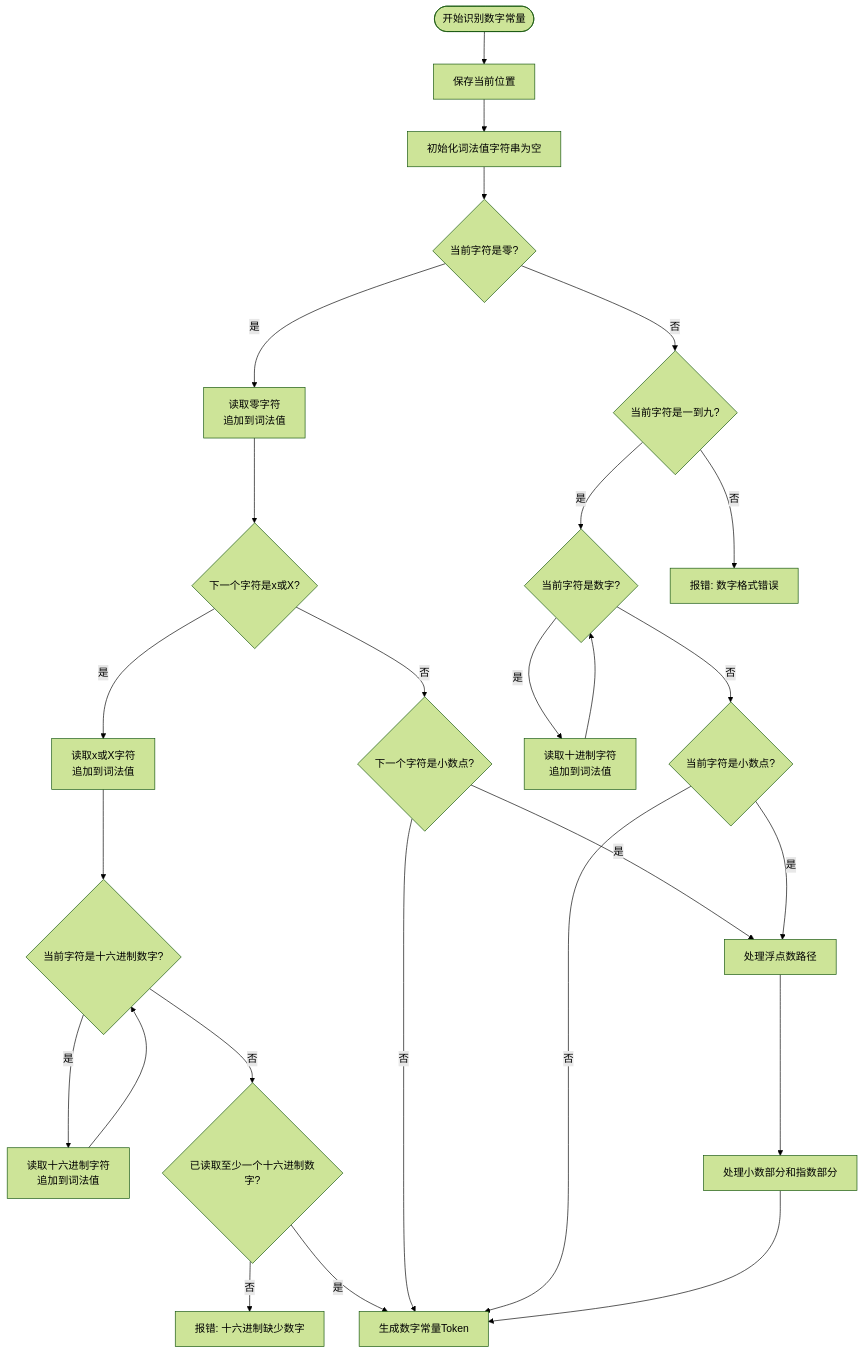
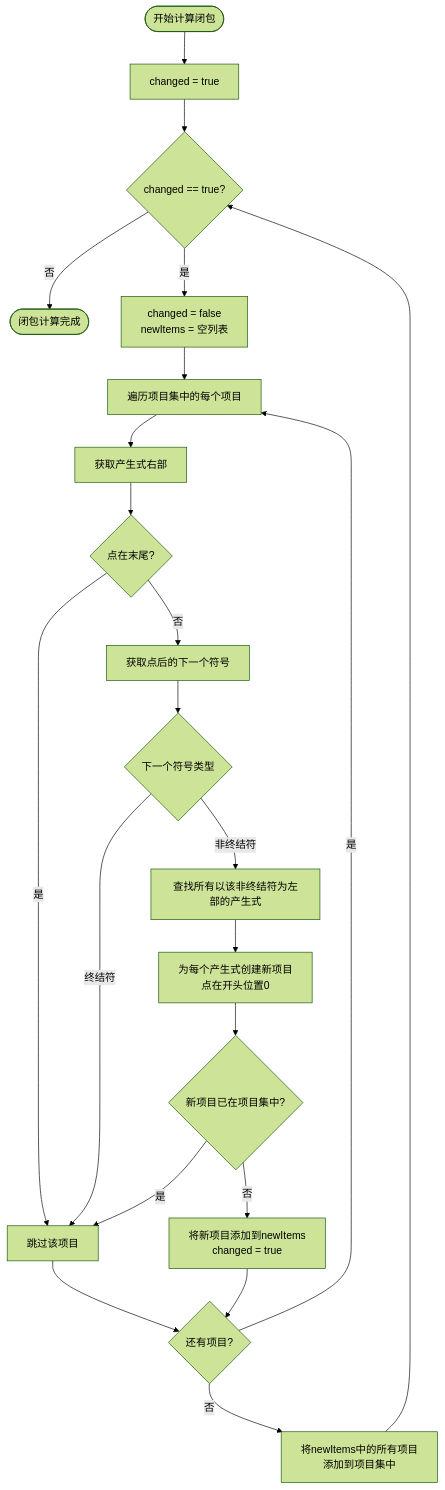
Before and after one commit to zhengky-paper-account/-CF-OF-: the fourth of 7 diagrams in README.md, drawn with Mermaid (forest theme). The commit also changed other lines of this file, not shown here.

````diff
--- a/README.md
+++ b/README.md
@@ -85,28 +106,24 @@
 ```mermaid
 flowchart TD
-    开始([开始识别数字常量]) --> 保存位置[保存当前位置]
-    保存位置 --> 初始化词法值[初始化词法值字符串为空]
-    初始化词法值 --> 检查零{当前字符是零?}
-    检查零 -->|是| 读取零[读取零字符<br/>追加到词法值]
-    读取零 --> 检查十六进制{下一个字符是x或X?}
-    检查十六进制 -->|是| 读取x[读取x或X字符<br/>追加到词法值]
-    读取x --> 十六进制循环{当前字符是十六进制数字?}
-    十六进制循环 -->|是| 读取十六进制[读取十六进制字符<br/>追加到词法值]
-    读取十六进制 --> 十六进制循环
-    十六进制循环 -->|否| 检查十六进制数量{已读取至少一个十六进制数字?}
-    检查十六进制数量 -->|否| 报错十六进制[报错: 十六进制缺少数字]
-    检查十六进制数量 -->|是| 生成Token[生成数字常量Token]
-    检查十六进制 -->|否| 检查小数点{下一个字符是小数点?}
-    检查小数点 -->|是| 浮点数路径[处理浮点数路径]
-    检查小数点 -->|否| 生成Token
-    检查零 -->|否| 检查一到九{当前字符是一到九?}
-    检查一到九 -->|是| 十进制循环{当前字符是数字?}
-    十进制循环 -->|是| 读取十进制[读取十进制字符<br/>追加到词法值]
-    读取十进制 --> 十进制循环
-    十进制循环 -->|否| 检查小数点2{当前字符是小数点?}
-    检查小数点2 -->|是| 浮点数路径
-    检查小数点2 -->|否| 生成Token
-    浮点数路径 --> 处理小数指数[处理小数部分和指数部分]
-    处理小数指数 --> 生成Token
-    检查一到九 -->|否| 报错格式[报错: 数字格式错误]
+    开始([开始计算闭包]) --> 设置标志[changed = true]
+    设置标志 --> 循环判断{changed == true?}
+    循环判断 -->|否| 完成([闭包计算完成])
+    循环判断 -->|是| 设置标志2[changed = false<br/>newItems = 空列表]
+    设置标志2 --> 遍历项目[遍历项目集中的每个项目]
+    遍历项目 --> 获取右部[获取产生式右部]
+    获取右部 --> 检查点位置{点在末尾?}
+    检查点位置 -->|是| 跳过[跳过该项目]
+    检查点位置 -->|否| 获取下一个符号[获取点后的下一个符号]
+    获取下一个符号 --> 检查符号类型{下一个符号类型}
+    检查符号类型 -->|终结符| 跳过
+    检查符号类型 -->|非终结符| 查找产生式[查找所有以该非终结符为左部的产生式]
+    查找产生式 --> 创建新项目[为每个产生式创建新项目<br/>点在开头位置0]
+    创建新项目 --> 检查是否已存在{新项目已在项目集中?}
+    检查是否已存在 -->|是| 跳过
+    检查是否已存在 -->|否| 添加到列表[将新项目添加到newItems<br/>changed = true]
+    添加到列表 --> 检查下一个项目{还有项目?}
+    跳过 --> 检查下一个项目
+    检查下一个项目 -->|是| 遍历项目
+    检查下一个项目 -->|否| 合并新项目[将newItems中的所有项目<br/>添加到项目集中]
+    合并新项目 --> 循环判断
 ```
````
